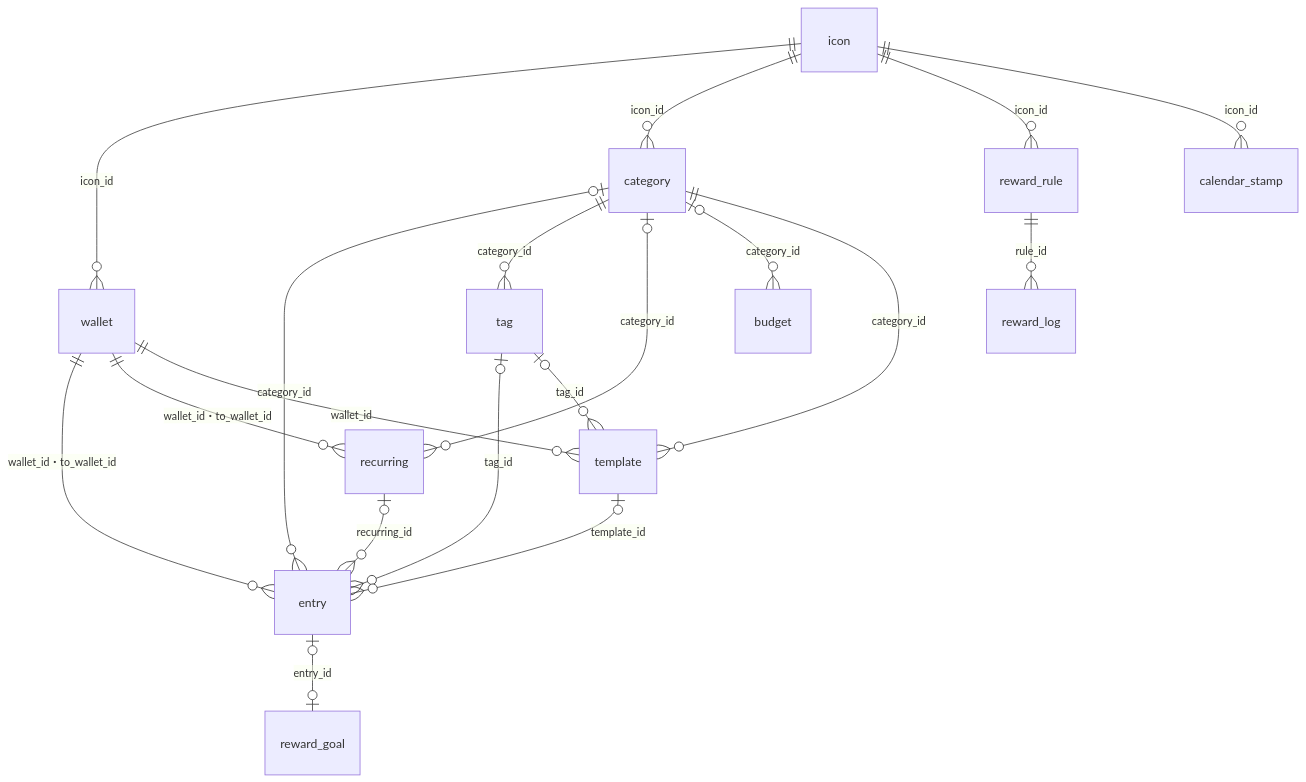
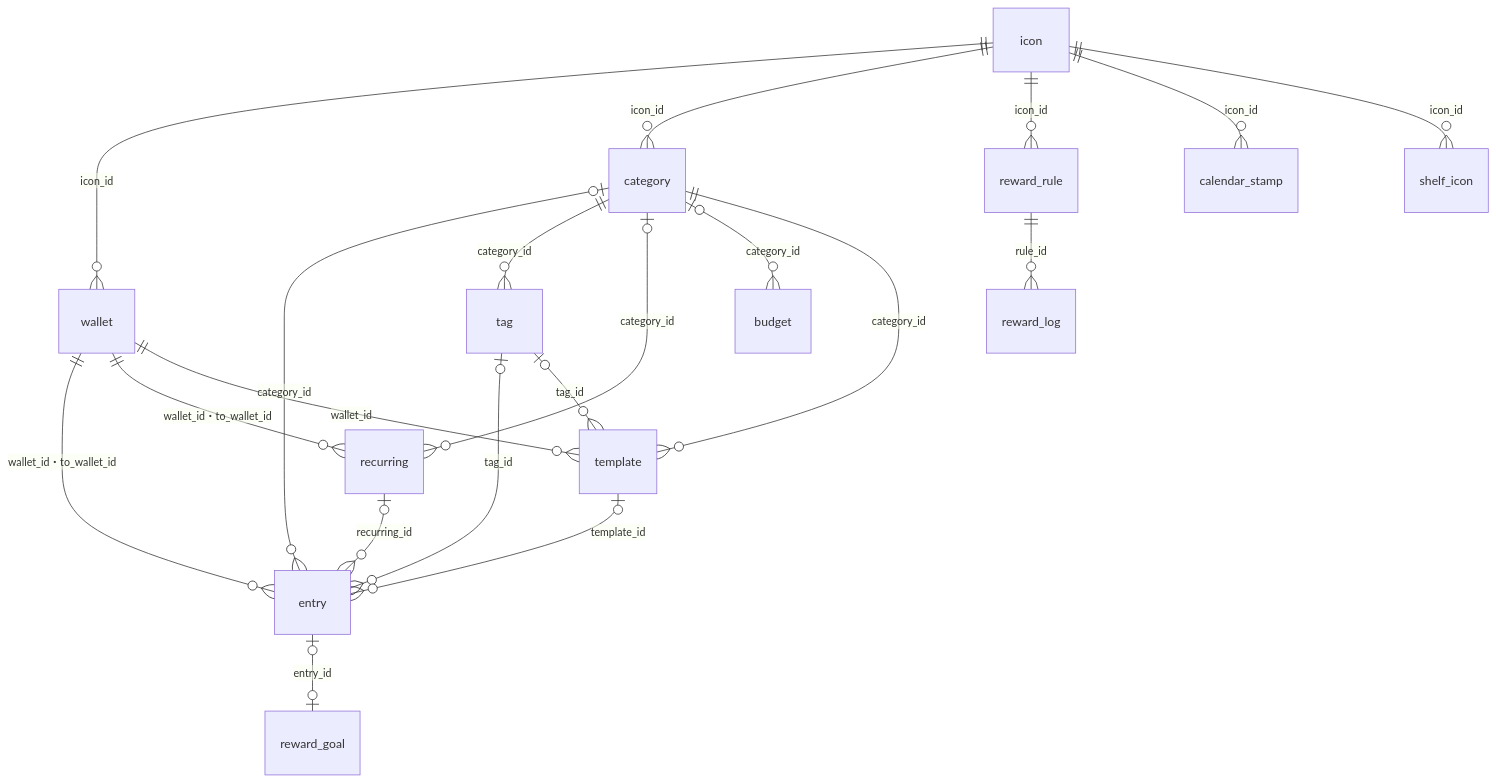
Before and after one commit to yossibank/kakeibot: the diagram in docs/data.md, drawn with Mermaid. The commit also changed other lines of this file and 22 other files, not shown here.

First line of the commit message:
feat: store icon shelf with defaults and export (#68)

````diff
--- a/docs/data.md
+++ b/docs/data.md
@@ -9,21 +9,22 @@
 ```mermaid
 erDiagram
     icon ||--o{ wallet : "icon_id"
     icon ||--o{ category : "icon_id"
     icon ||--o{ reward_rule : "icon_id"
     icon ||--o{ calendar_stamp : "icon_id"
+    icon ||--o{ shelf_icon : "icon_id"
     wallet ||--o{ entry : "wallet_id・to_wallet_id"
     category |o--o{ entry : "category_id"
     category ||--o{ tag : "category_id"
     tag |o--o{ entry : "tag_id"
     tag |o--o{ template : "tag_id"
     template |o--o{ entry : "template_id"
     recurring |o--o{ entry : "recurring_id"
     wallet ||--o{ recurring : "wallet_id・to_wallet_id"
     category |o--o{ recurring : "category_id"
     category |o--o{ budget : "category_id"
     category ||--o{ template : "category_id"
     wallet ||--o{ template : "wallet_id"
     reward_rule ||--o{ reward_log : "rule_id"
     entry |o--o| reward_goal : "entry_id"
 ```
````
